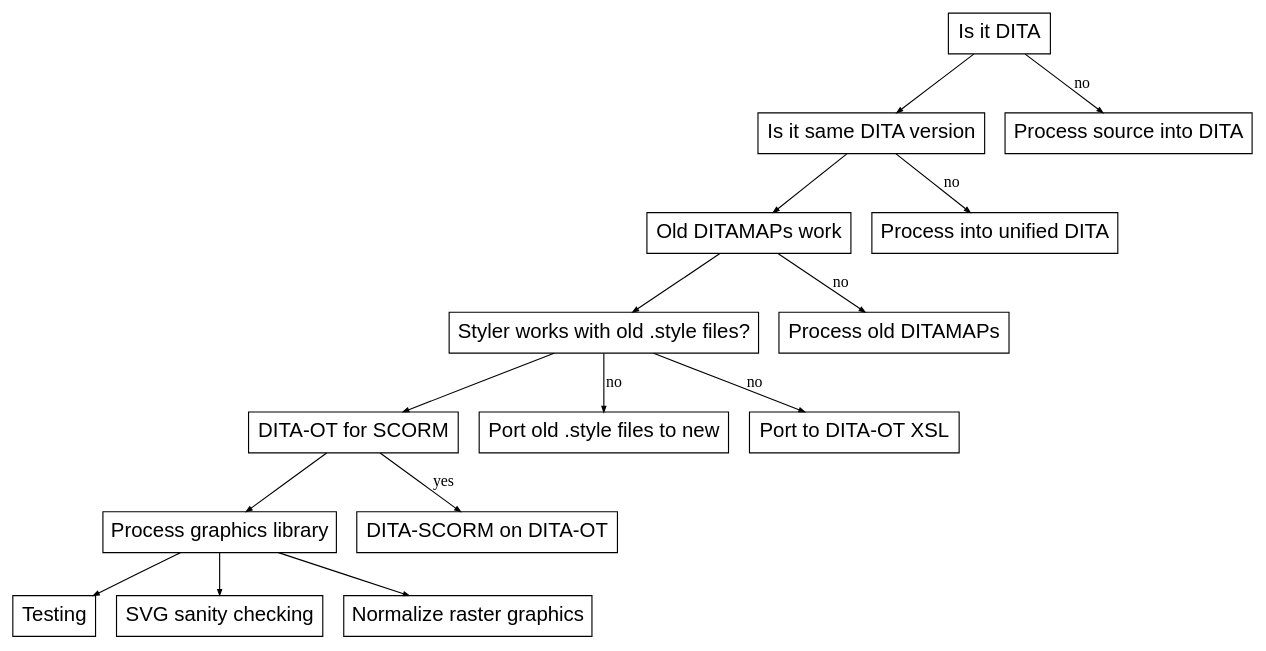
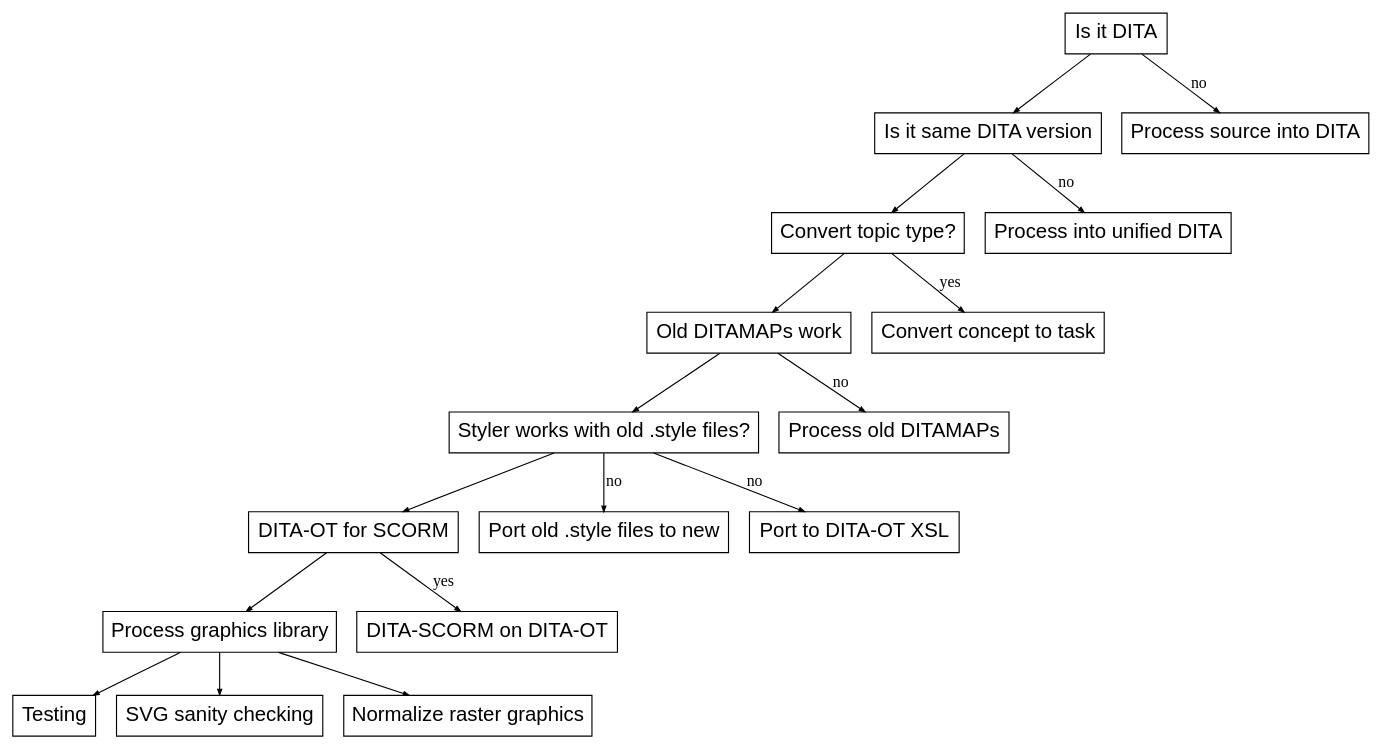
Before and after one commit to lopsotronic/Ascii1000D: the diagram in _meetings/Meeting 202300803.adoc, drawn with Graphviz. The commit also changed 24 other files, not shown here.

```diff
--- a/_meetings/Meeting 202300803.adoc
+++ b/_meetings/Meeting 202300803.adoc
@@ -4,18 +4,19 @@
 [graphviz, adocpipeline8, svg]
 ----
 digraph g {
   edge [arrowsize=".5"]
   node [shape=record]
   node [fontname="Arial" fontsize=18]
   rankdir="TD";
-    "Is it DITA" -> "Is it same DITA version" -> "Old DITAMAPs work" -> "Styler works with old .style files?" -> "DITA-OT for SCORM" -> "Process graphics library" -> "Testing"
+    "Is it DITA" -> "Is it same DITA version" -> "Convert topic type?" -> "Old DITAMAPs work" -> "Styler works with old .style files?" -> "DITA-OT for SCORM" -> "Process graphics library" -> "Testing"
     "Is it DITA" -> "Process source into DITA" [label="no"]
     "Is it same DITA version" -> "Process into unified DITA" [label="no"]
+    "Convert topic type?" -> "Convert concept to task" [label=yes]
     "Old DITAMAPs work" -> "Process old DITAMAPs" [label="no"]
     "Styler works with old .style files?" -> "Port old .style files to new" [label="no"]
     "Styler works with old .style files?" -> "Port to DITA-OT XSL" [label="no"]
     "DITA-OT for SCORM" -> "DITA-SCORM on DITA-OT" [label="yes"]
     "Process graphics library" -> "SVG sanity checking"
     "Process graphics library" -> "Normalize raster graphics"
 }
 ----
```
